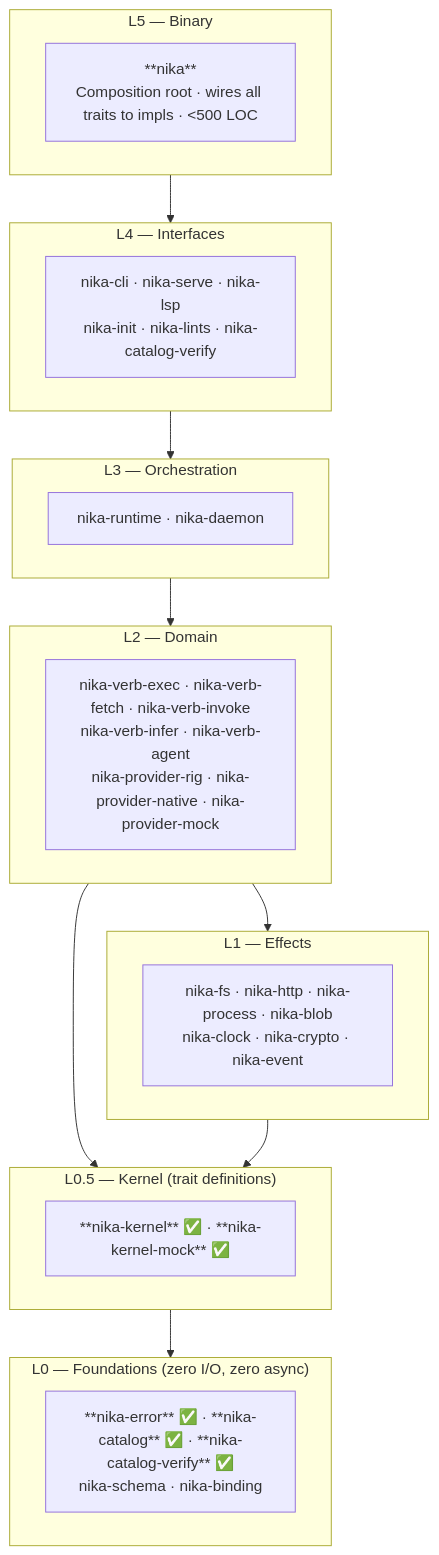
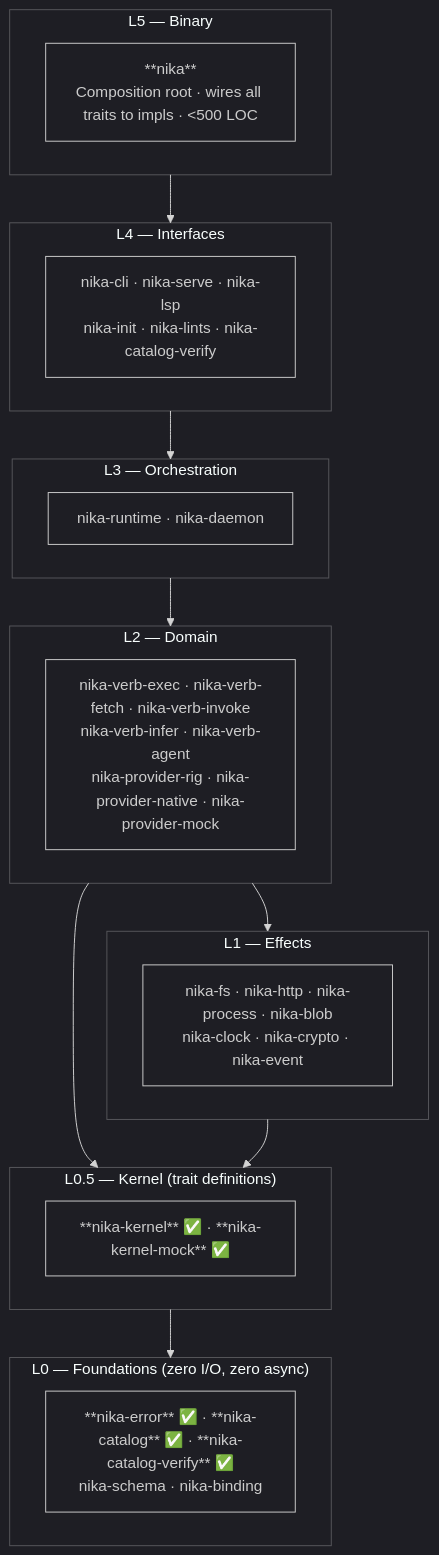
Before and after one commit to supernovae-st/nika: the first of 2 diagrams in docs/mintlify/concepts/architecture.mdx, drawn with Mermaid. The commit also changed other lines of this file and 5 other files, not shown here.

First line of the commit message:
docs(mintlify): dark theme diagrams + status page + live numbers

````diff
--- a/docs/mintlify/concepts/architecture.mdx
+++ b/docs/mintlify/concepts/architecture.mdx
@@ -14,40 +14,41 @@
 ```mermaid
+%%{init: {'theme': 'dark', 'themeVariables': {'background': 'transparent', 'mainBkg': 'transparent'}}}%%
 flowchart TD
     classDef layer fill:#111827,color:#f9fafb,stroke:#374151,font-size:13px
 
     subgraph L5["L5 — Binary"]
         B["**nika**\nComposition root · wires all traits to impls · &lt;500 LOC"]
     end
 
     subgraph L4["L4 — Interfaces"]
         L4N["nika-cli · nika-serve · nika-lsp\nnika-init · nika-lints · nika-catalog-verify"]
     end
 
     subgraph L3["L3 — Orchestration"]
         L3N["nika-runtime · nika-daemon"]
     end
 
     subgraph L2["L2 — Domain"]
         L2N["nika-verb-exec · nika-verb-fetch · nika-verb-invoke\nnika-verb-infer · nika-verb-agent\nnika-provider-rig · nika-provider-native · nika-provider-mock"]
     end
 
     subgraph L1["L1 — Effects"]
         L1N["nika-fs · nika-http · nika-process · nika-blob\nnika-clock · nika-crypto · nika-event"]
     end
 
     subgraph L05["L0.5 — Kernel (trait definitions)"]
         L05N["**nika-kernel** ✅ · **nika-kernel-mock** ✅"]
     end
 
     subgraph L0["L0 — Foundations (zero I/O, zero async)"]
         L0N["**nika-error** ✅ · **nika-catalog** ✅ · **nika-catalog-verify** ✅\nnika-schema · nika-binding"]
     end
 
     L5 --> L4
     L4 --> L3
     L3 --> L2
     L2 --> L1
     L2 --> L05
     L1 --> L05
     L05 --> L0
 ```
````
